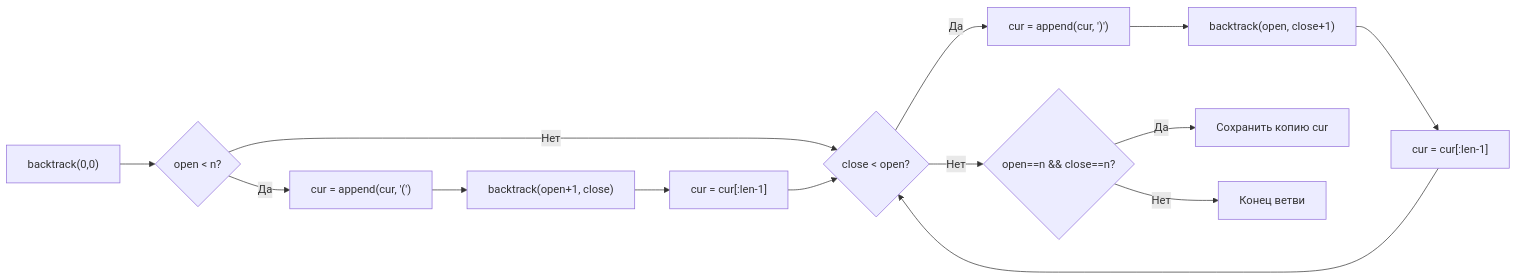
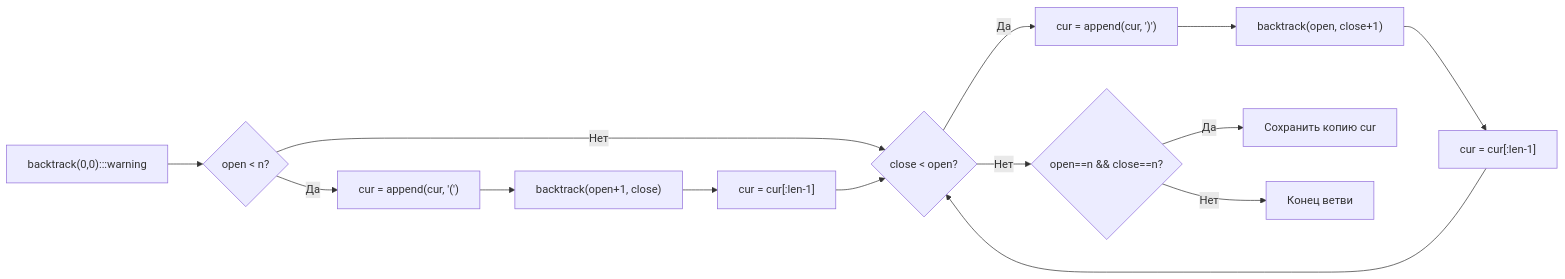
The diagram in sources/21. Задачи с LeetCode и собеседований на Go/02. Задачи/10. Backtracking/10. Generate Parentheses.md (UnrealTemplier/go-textbook), drawn with Mermaid before and after one commit. The commit also changed 1666 other files, not shown here.

First line of the commit message:
feat(mermaid): add semantic color classDef to 1369 colorless flowchart/graph diagrams

````diff
--- a/sources/21. Задачи с LeetCode и собеседований на Go/02. Задачи/10. Backtracking/10. Generate Parentheses.md
+++ b/sources/21. Задачи с LeetCode и собеседований на Go/02. Задачи/10. Backtracking/10. Generate Parentheses.md
@@ -80,16 +80,26 @@
 ```mermaid
 flowchart LR
-    A["backtrack(0,0)"] --> B{"open < n?"}
+    classDef process  fill:#1e293b,stroke:#38bdf8,stroke-width:1px,color:#f8fafc
+    classDef success  fill:#064e3b,stroke:#34d399,stroke-width:1px,color:#f8fafc
+    classDef error    fill:#7f1d1d,stroke:#f87171,stroke-width:1px,color:#f8fafc
+    classDef warning  fill:#78350f,stroke:#fbbf24,stroke-width:1px,color:#f8fafc
+    classDef entry    fill:#1e3a5f,stroke:#38bdf8,stroke-width:2px,color:#f8fafc
+    classDef aux      fill:#334155,stroke:#64748b,stroke-width:1px,color:#f8fafc
+    classDef system   fill:#312e81,stroke:#a78bfa,stroke-width:1px,color:#f8fafc
+    classDef data     fill:#132d29,stroke:#2dd4bf,stroke-width:1px,color:#f8fafc
+    classDef network  fill:#881337,stroke:#fb7185,stroke-width:1px,color:#f8fafc
+    classDef accent   fill:#1e1b4b,stroke:#818cf8,stroke-width:1px,color:#f8fafc
+    A["backtrack(0,0):::warning"] --> B{"open < n?"}
     B -->|"Да"| C["cur = append(cur, '(')"]
     C --> D["backtrack(open+1, close)"]
     D --> E["cur = cur[:len-1]"]
     B -->|"Нет"| F{"close < open?"}
     E --> F
     F -->|"Да"| G["cur = append(cur, ')')"]
     G --> H["backtrack(open, close+1)"]
     H --> I["cur = cur[:len-1]"]
     I --> F
     F -->|"Нет"| J{"open==n && close==n?"}
     J -->|"Да"| K["Сохранить копию cur"]
     J -->|"Нет"| L["Конец ветви"]
 ```
````
